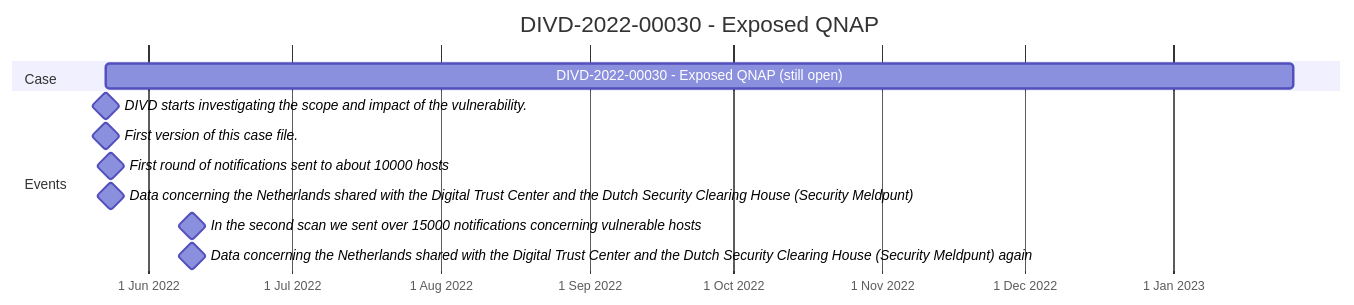
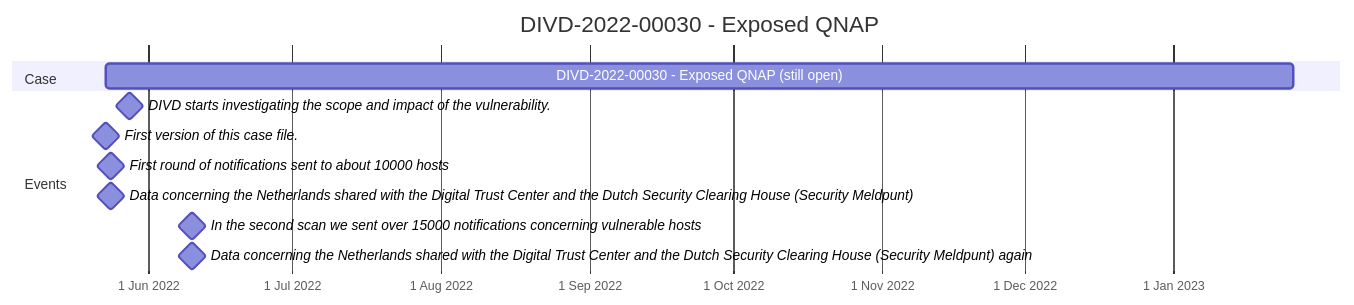
One commit to DIVD-NL/web-www changed the diagram in _reports/confluence.md. Above: the diagram before and after it, drawn with Mermaid.

Commit message:
Update from Forestry.io Gerard  Janssen updated _reports/confluence.md

```diff
--- a/_reports/confluence.md
+++ b/_reports/confluence.md
@@ -62,15 +62,15 @@
 <div class="mermaid">
 	gantt
 	    title DIVD-2022-00030 - Exposed QNAP
 	    dateFormat  YYYY-MM-DD
 	    axisFormat  %e %b %Y
 	    section Case
 	    DIVD-2022-00030 - Exposed QNAP (still open)           :2022-05-23, 2023-01-26
 	    section Events
-		DIVD starts investigating the scope and impact of the vulnerability. :  milestone, 2022-05-23, 0d
+		DIVD starts investigating the scope and impact of the vulnerability. :  milestone, 2022-05-23, 10d
 				First version of this case file. :  milestone, 2022-05-23, 0d
 				First round of notifications sent to about 10000 hosts :  milestone, 2022-05-24, 0d
 				Data concerning the Netherlands shared with the Digital Trust Center and the Dutch Security Clearing House (Security Meldpunt) :  milestone, 2022-05-24, 0d
 				In the second scan we sent over 15000 notifications concerning vulnerable hosts :  milestone, 2022-06-10, 0d
 				Data concerning the Netherlands shared with the Digital Trust Center and the Dutch Security Clearing House (Security Meldpunt) again :  milestone, 2022-06-10, 0d
 				</div>
```
